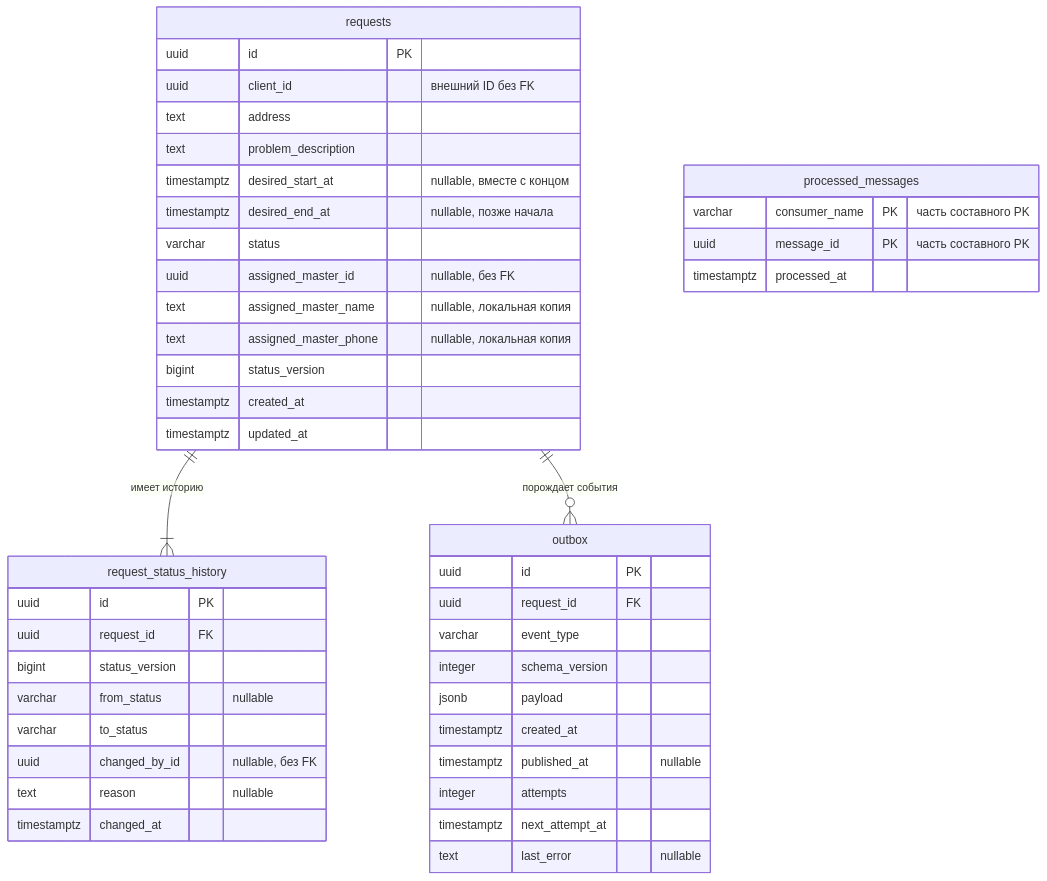
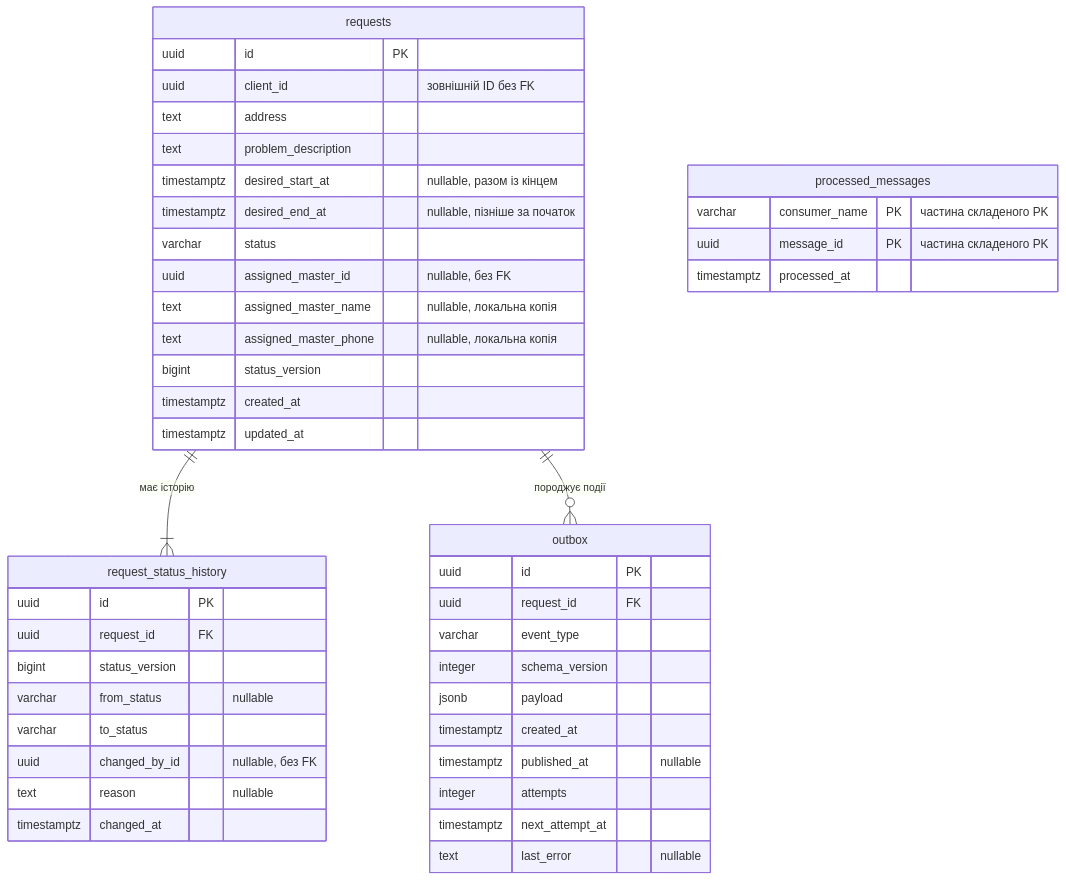
One commit to AndriiKaraiuz/repairflow-requests-service changed the diagram in docs/database-design.md. Above: the diagram before and after it, drawn with Mermaid. The commit also changed other lines of this file and 2 other files, not shown here.

````diff
--- a/docs/database-design.md
+++ b/docs/database-design.md
@@ -273,48 +273,48 @@
 ```mermaid
 erDiagram
-    requests ||--|{ request_status_history : "имеет историю"
-    requests ||--o{ outbox : "порождает события"
+    requests ||--|{ request_status_history : "має історію"
+    requests ||--o{ outbox : "породжує події"
 
     requests {
         uuid id PK
-        uuid client_id "внешний ID без FK"
+        uuid client_id "зовнішній ID без FK"
         text address
         text problem_description
-        timestamptz desired_start_at "nullable, вместе с концом"
-        timestamptz desired_end_at "nullable, позже начала"
+        timestamptz desired_start_at "nullable, разом із кінцем"
+        timestamptz desired_end_at "nullable, пізніше за початок"
         varchar status
         uuid assigned_master_id "nullable, без FK"
-        text assigned_master_name "nullable, локальная копия"
-        text assigned_master_phone "nullable, локальная копия"
+        text assigned_master_name "nullable, локальна копія"
+        text assigned_master_phone "nullable, локальна копія"
         bigint status_version
         timestamptz created_at
         timestamptz updated_at
     }
     request_status_history {
         uuid id PK
         uuid request_id FK
         bigint status_version
         varchar from_status "nullable"
         varchar to_status
         uuid changed_by_id "nullable, без FK"
         text reason "nullable"
         timestamptz changed_at
     }
     outbox {
         uuid id PK
         uuid request_id FK
         varchar event_type
         integer schema_version
         jsonb payload
         timestamptz created_at
         timestamptz published_at "nullable"
         integer attempts
         timestamptz next_attempt_at
         text last_error "nullable"
     }
     processed_messages {
-        varchar consumer_name PK "часть составного PK"
-        uuid message_id PK "часть составного PK"
+        varchar consumer_name PK "частина складеного PK"
+        uuid message_id PK "частина складеного PK"
         timestamptz processed_at
     }
 ```
````
